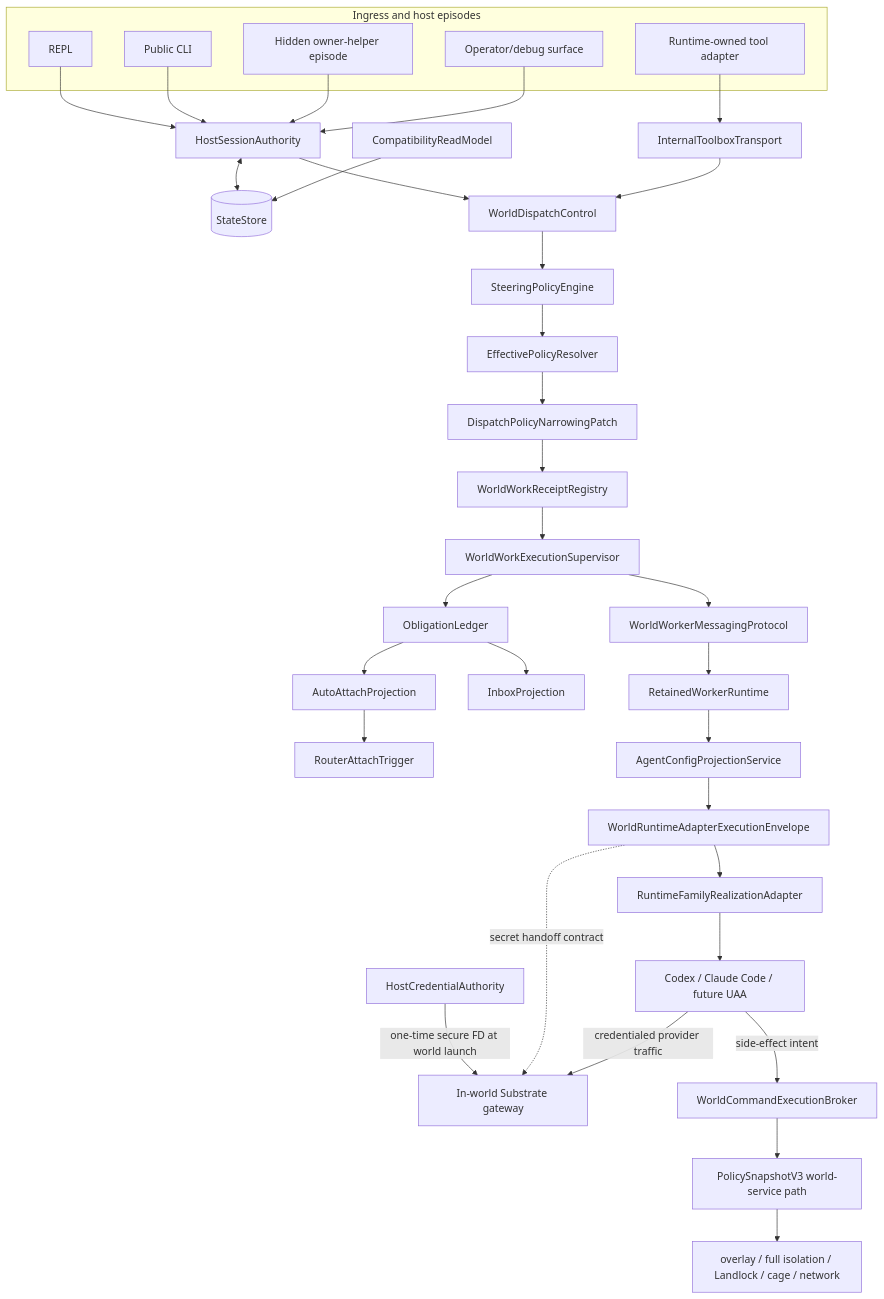
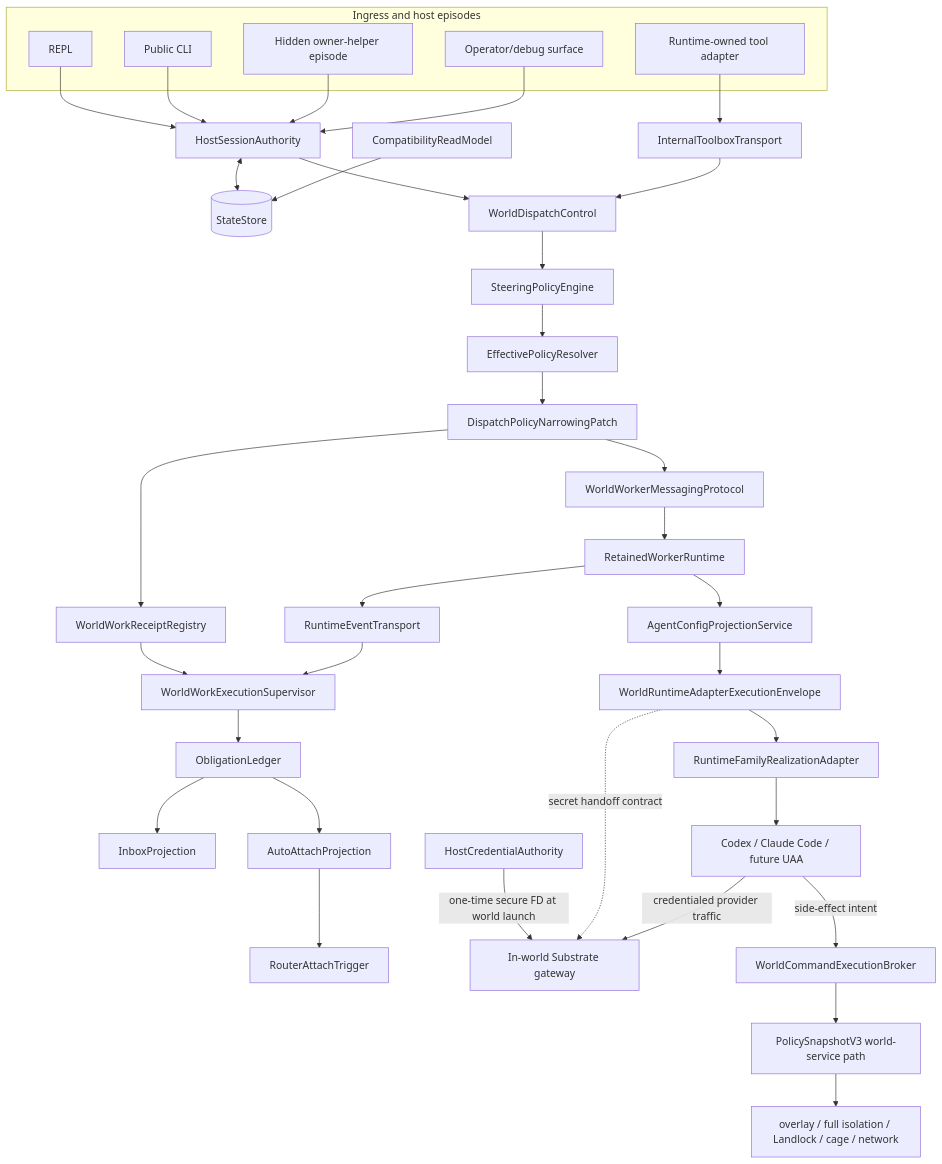
One commit to atomize-hq/substrate changed the diagram in llm-last-mile/runtime-refactor/01-target-architecture.md. Above: the diagram before and after it, drawn with Mermaid. The commit also changed other lines of this file and 5 other files, not shown here.

````diff
--- a/llm-last-mile/runtime-refactor/01-target-architecture.md
+++ b/llm-last-mile/runtime-refactor/01-target-architecture.md
@@ -9,44 +9,46 @@
 ```mermaid
 flowchart TD
     subgraph I["Ingress and host episodes"]
       R["REPL"]
       C["Public CLI"]
       H["Hidden owner-helper episode"]
       T["Runtime-owned tool adapter"]
       O["Operator/debug surface"]
     end
 
     R --> A
     C --> A
     H --> A
     O --> A
     T --> ITT
 
     A["HostSessionAuthority"] <--> S[("StateStore")]
     CRM["CompatibilityReadModel"] --> S
     A --> WDC["WorldDispatchControl"]
     ITT["InternalToolboxTransport"] --> WDC
 
     WDC --> SPE["SteeringPolicyEngine"]
     SPE --> EPR["EffectivePolicyResolver"]
     EPR --> DPN["DispatchPolicyNarrowingPatch"]
     DPN --> WRR["WorldWorkReceiptRegistry"]
     WRR --> SUP["WorldWorkExecutionSupervisor"]
-    SUP --> MSG["WorldWorkerMessagingProtocol"]
+    DPN --> MSG["WorldWorkerMessagingProtocol"]
     MSG --> RWR["RetainedWorkerRuntime"]
+    RWR --> RET["RuntimeEventTransport"]
+    RET --> SUP
     SUP --> OBL["ObligationLedger"]
     OBL --> INBOX["InboxProjection"]
     OBL --> AUTO["AutoAttachProjection"]
     AUTO --> ROUTER["RouterAttachTrigger"]
 
     RWR --> ACP["AgentConfigProjectionService"]
     ACP --> ENV["WorldRuntimeAdapterExecutionEnvelope"]
     ENV --> RFA["RuntimeFamilyRealizationAdapter"]
     RFA --> UAA["Codex / Claude Code / future UAA"]
     HCA["HostCredentialAuthority"] -->|"one-time secure FD at world launch"| GW["In-world Substrate gateway"]
     ENV -.->|"secret handoff contract"| GW
     UAA -->|"credentialed provider traffic"| GW
     UAA -->|"side-effect intent"| BROKER["WorldCommandExecutionBroker"]
     BROKER --> WSE["PolicySnapshotV3 world-service path"]
     WSE --> ENF["overlay / full isolation / Landlock / cage / network"]
 ```
````
